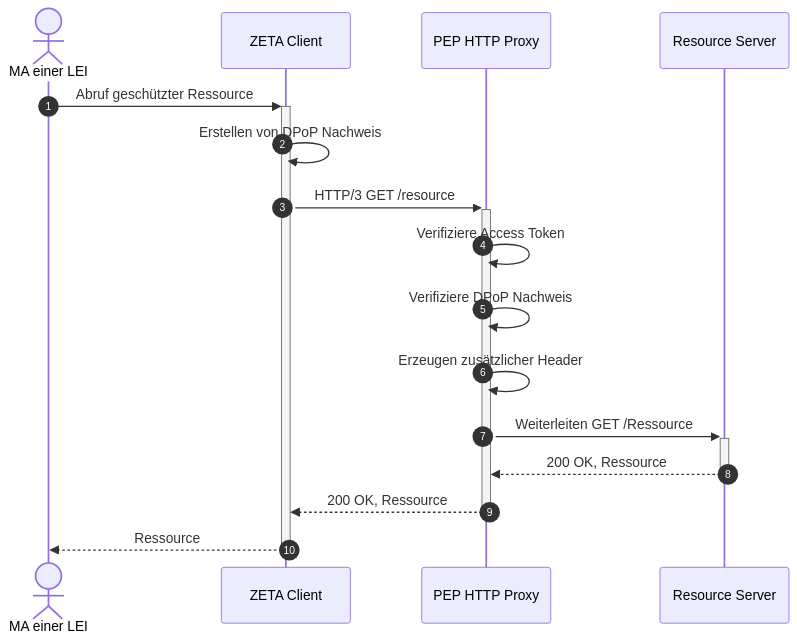
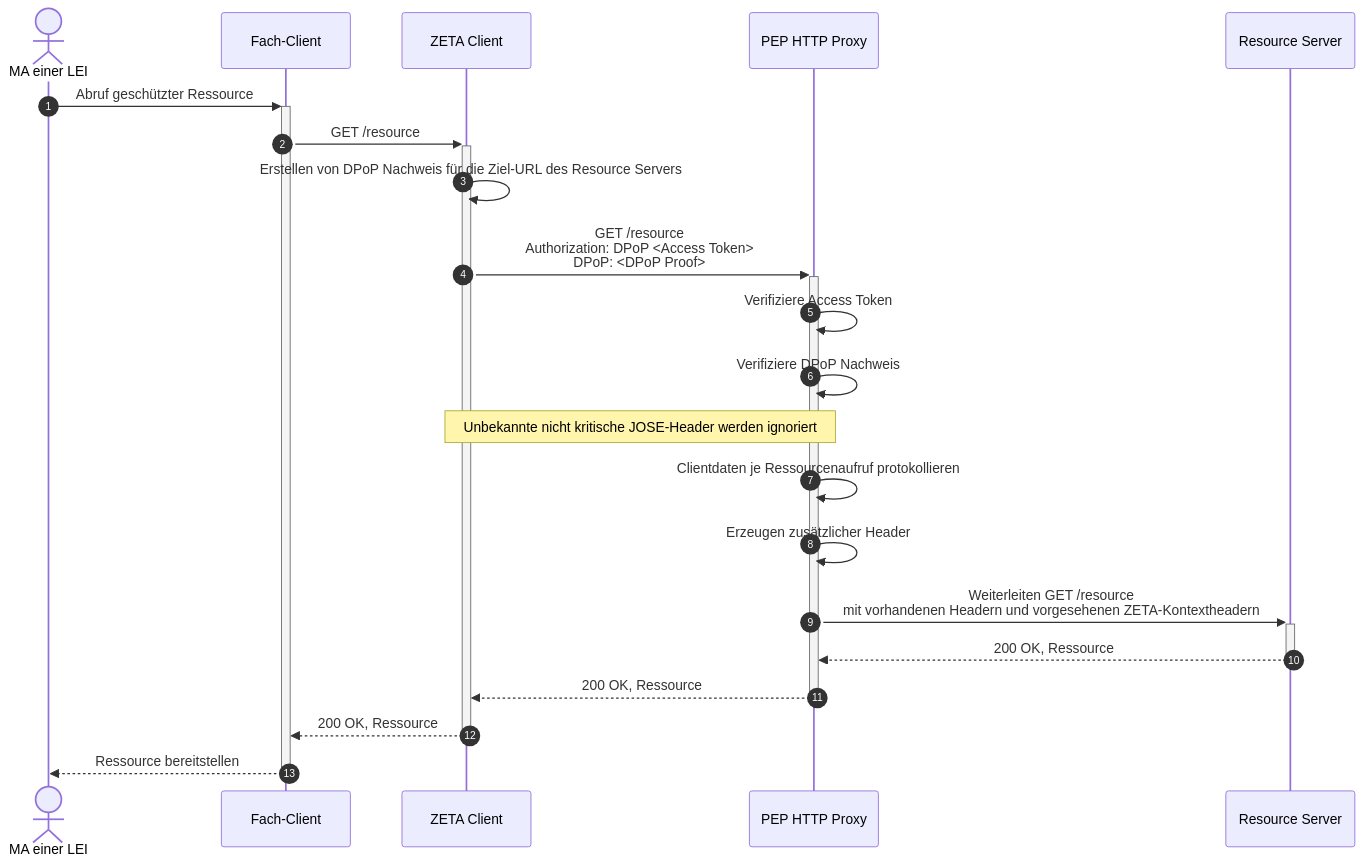
The diagram in src/test/resources/features/UserStory_01/UseCase_12/readme.adoc (gematik/zeta-tiger-testsuite), drawn with Mermaid before and after one commit. The commit also changed other lines of this file and 1706 other files, not shown here.

```diff
--- a/src/test/resources/features/UserStory_01/UseCase_12/readme.adoc
+++ b/src/test/resources/features/UserStory_01/UseCase_12/readme.adoc
@@ -86,23 +108,28 @@
 [mermaid,usecase-01-12-sequence,svg]
 ....
 sequenceDiagram
     autonumber
 
     actor MA as MA einer LEI
+    participant FC as Fach-Client
     participant ZC as ZETA Client
     participant PEP-HP as PEP HTTP Proxy
     participant RS as Resource Server
 
-    MA->>+ZC: Abruf geschützter Ressource
-    ZC->>ZC: Erstellen von DPoP Nachweis
-    ZC->>+PEP-HP: HTTP/3 GET /resource
+    MA->>+FC: Abruf geschützter Ressource
+    FC->>+ZC: GET /resource
+    ZC->>ZC: Erstellen von DPoP Nachweis für die Ziel-URL des Resource Servers
+    ZC->>+PEP-HP: GET /resource<br/>Authorization: DPoP #lt;Access Token#gt;<br/>DPoP: #lt;DPoP Proof#gt;
 
 
     PEP-HP->>PEP-HP: Verifiziere Access Token
     PEP-HP->>PEP-HP: Verifiziere DPoP Nachweis
+    Note over ZC,PEP-HP: Unbekannte nicht kritische JOSE-Header werden ignoriert
+    PEP-HP->>PEP-HP: Clientdaten je Ressourcenaufruf protokollieren
     PEP-HP->>PEP-HP: Erzeugen zusätzlicher Header
-    PEP-HP->>+RS: Weiterleiten GET /Ressource
+    PEP-HP->>+RS: Weiterleiten GET /resource<br/>mit vorhandenen Headern und vorgesehenen ZETA-Kontextheadern
     RS-->>-PEP-HP: 200 OK, Ressource
     PEP-HP-->>-ZC: 200 OK, Ressource
-    ZC-->>-MA: Ressource
+    ZC-->>-FC: 200 OK, Ressource
+    FC-->>-MA: Ressource bereitstellen
 ....
```
